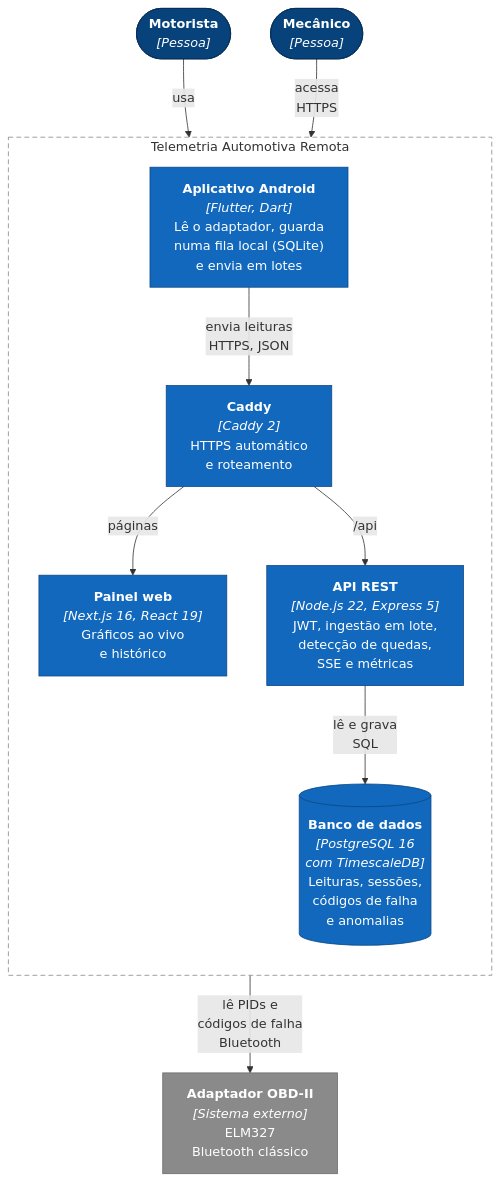
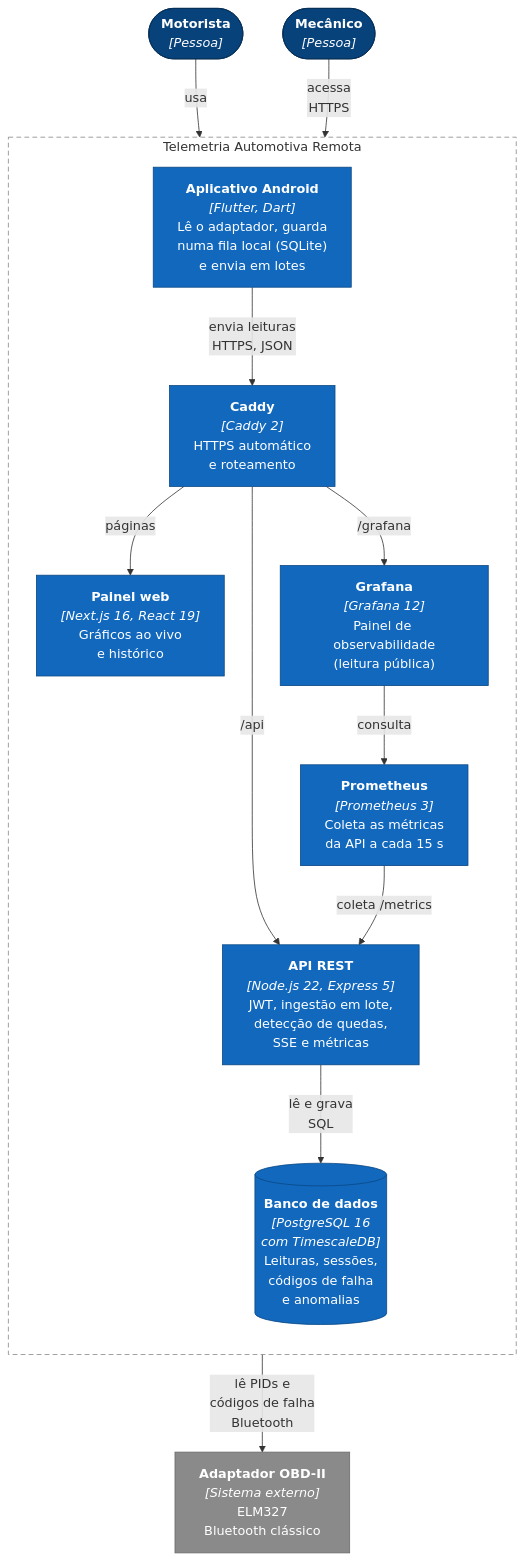
One commit to SamuelMorsch/telemetria-api changed the second of 6 diagrams in README.md. Above: the diagram before and after it, drawn with Mermaid. The commit also changed other lines of this file and 5 other files, not shown here.

````diff
--- a/README.md
+++ b/README.md
@@ -71,28 +75,33 @@
 ```mermaid
 flowchart TB
     motorista(["<b>Motorista</b><br/><i>[Pessoa]</i>"]):::pessoa
     mecanico(["<b>Mecânico</b><br/><i>[Pessoa]</i>"]):::pessoa
     adaptador["<b>Adaptador OBD-II</b><br/><i>[Sistema externo]</i><br/>ELM327<br/>Bluetooth clássico"]:::externo
 
     subgraph sistema ["Telemetria Automotiva Remota"]
         direction TB
         app["<b>Aplicativo Android</b><br/><i>[Flutter, Dart]</i><br/>Lê o adaptador, guarda<br/>numa fila local (SQLite)<br/>e envia em lotes"]:::container
         caddy["<b>Caddy</b><br/><i>[Caddy 2]</i><br/>HTTPS automático<br/>e roteamento"]:::container
         painel["<b>Painel web</b><br/><i>[Next.js 16, React 19]</i><br/>Gráficos ao vivo<br/>e histórico"]:::container
         api["<b>API REST</b><br/><i>[Node.js 22, Express 5]</i><br/>JWT, ingestão em lote,<br/>detecção de quedas,<br/>SSE e métricas"]:::container
+        grafana["<b>Grafana</b><br/><i>[Grafana 12]</i><br/>Painel de observabilidade<br/>(leitura pública)"]:::container
+        prometheus["<b>Prometheus</b><br/><i>[Prometheus 3]</i><br/>Coleta as métricas<br/>da API a cada 15 s"]:::container
         banco[("<b>Banco de dados</b><br/><i>[PostgreSQL 16<br/>com TimescaleDB]</i><br/>Leituras, sessões,<br/>códigos de falha<br/>e anomalias")]:::container
     end
 
     motorista -->|"usa"| app
     app -->|"lê PIDs e<br/>códigos de falha<br/>Bluetooth"| adaptador
     app -->|"envia leituras<br/>HTTPS, JSON"| caddy
     mecanico -->|"acessa<br/>HTTPS"| caddy
     caddy -->|"páginas"| painel
     caddy -->|"/api"| api
+    caddy -->|"/grafana"| grafana
     api -->|"lê e grava<br/>SQL"| banco
+    prometheus -->|"coleta /metrics"| api
+    grafana -->|"consulta"| prometheus
 
     classDef pessoa fill:#08427b,stroke:#052e56,color:#ffffff
     classDef container fill:#1168bd,stroke:#0b4884,color:#ffffff
     classDef externo fill:#8a8a8a,stroke:#6b6b6b,color:#ffffff
     style sistema fill:none,stroke:#888888,stroke-dasharray: 6 4
 ```
````
